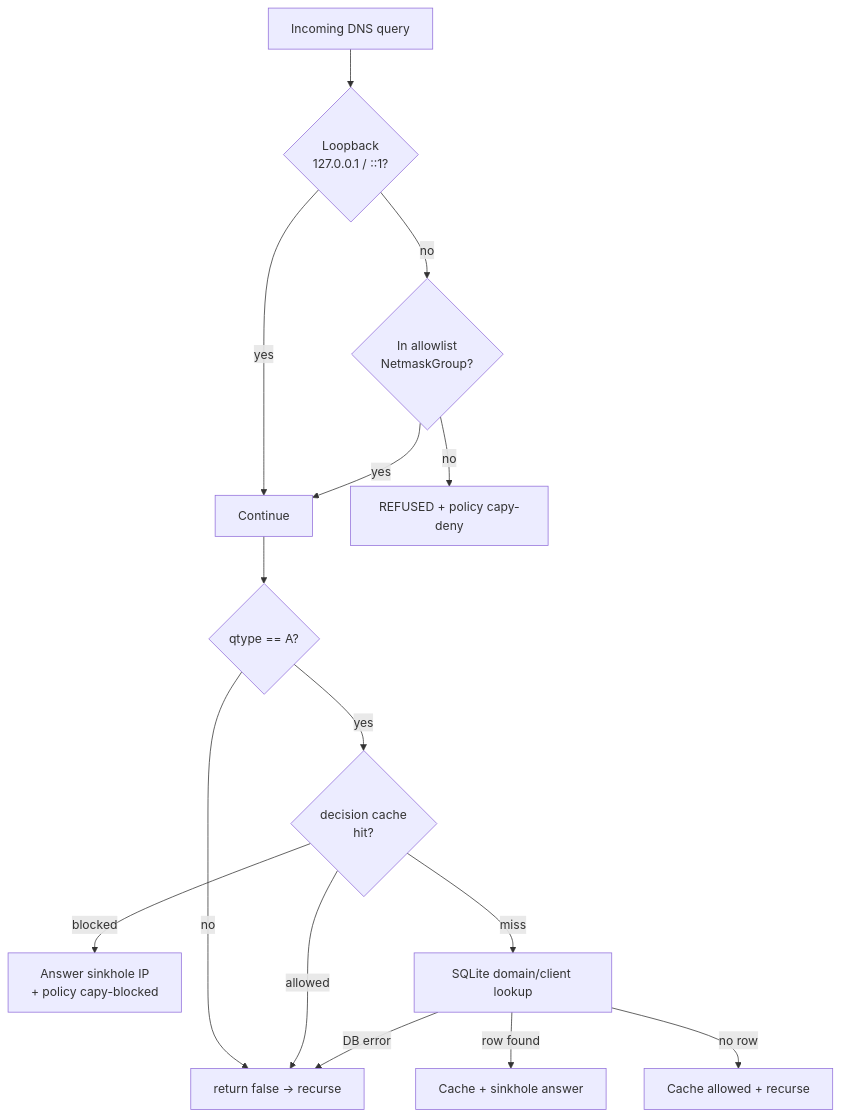
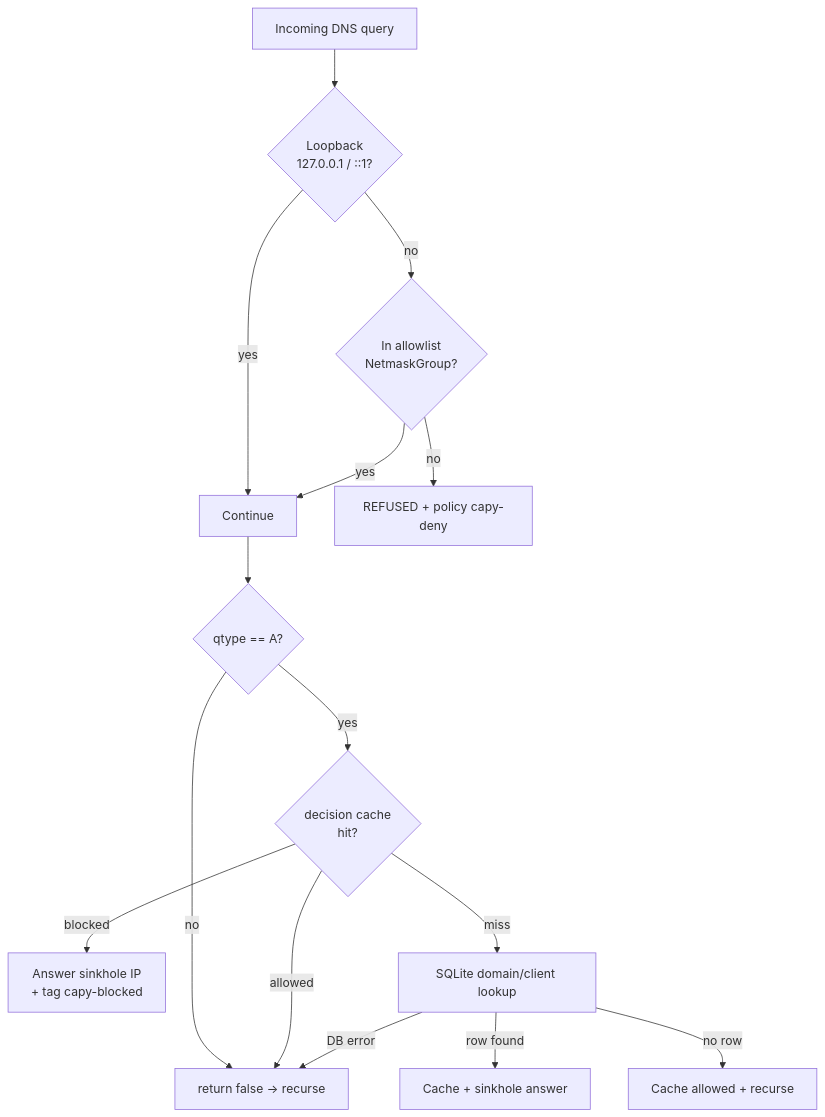
One commit to capy-security/capy-privacy changed the diagram in docs/lua.md. Above: the diagram before and after it, drawn with Mermaid. The commit also changed other lines of this file and 7 other files, not shown here.

````diff
--- a/docs/lua.md
+++ b/docs/lua.md
@@ -43,17 +43,17 @@
 ```mermaid
 flowchart TD
   Q[Incoming DNS query] --> LB{Loopback<br/>127.0.0.1 / ::1?}
   LB -->|yes| AOK[Continue]
   LB -->|no| AL{In allowlist<br/>NetmaskGroup?}
   AL -->|no| REF[REFUSED + policy capy-deny]
   AL -->|yes| AOK
   AOK --> QT{qtype == A?}
   QT -->|no| REC[return false → recurse]
   QT -->|yes| CACHE{decision cache<br/>hit?}
-  CACHE -->|blocked| SINK[Answer sinkhole IP<br/>+ policy capy-blocked]
+  CACHE -->|blocked| SINK[Answer sinkhole IP<br/>+ tag capy-blocked]
   CACHE -->|allowed| REC
   CACHE -->|miss| SQL[SQLite domain/client lookup]
   SQL -->|row found| SINK2[Cache + sinkhole answer]
   SQL -->|no row| ALLOW[Cache allowed + recurse]
   SQL -->|DB error| REC
 ```
````
